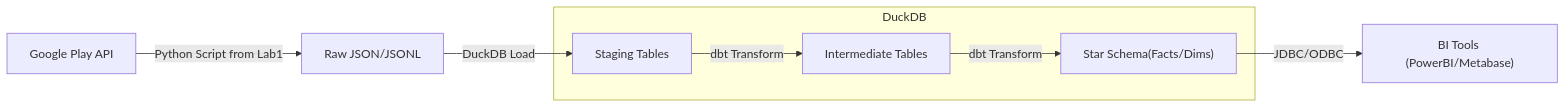
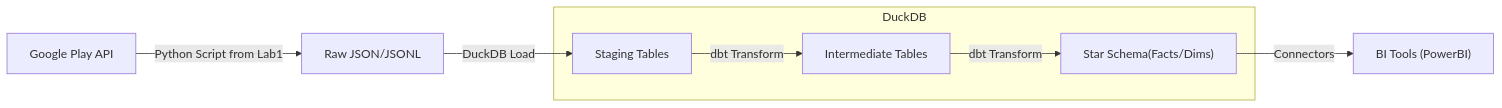
The diagram in Lab2/README.md (OUANZOUGUIAbdelhak/DATA-ENGINEERING-LAB-PROJECT), drawn with Mermaid before and after one commit.

Commit message:
added high-level architecture and data modeling for Lab2

````diff
--- a/Lab2/README.md
+++ b/Lab2/README.md
@@ -4,15 +4,15 @@
 ```mermaid
 graph LR
     API["Google Play API"] -->|Python Script from Lab1| RawFiles["Raw JSON/JSONL"]
     RawFiles -->|DuckDB Load| Bronze["Staging Tables"]
     Bronze -->|dbt Transform| Silver["Intermediate Tables"]
     Silver -->|dbt Transform| Gold["Star Schema(Facts/Dims)"]
-    Gold -->|JDBC/ODBC| BI["BI Tools (PowerBI/Metabase)"]
+    Gold -->|Connectors| BI["BI Tools (PowerBI)"]
     
     subgraph DuckDB
         Bronze
         Silver
         Gold
     end
 
 ```
````
